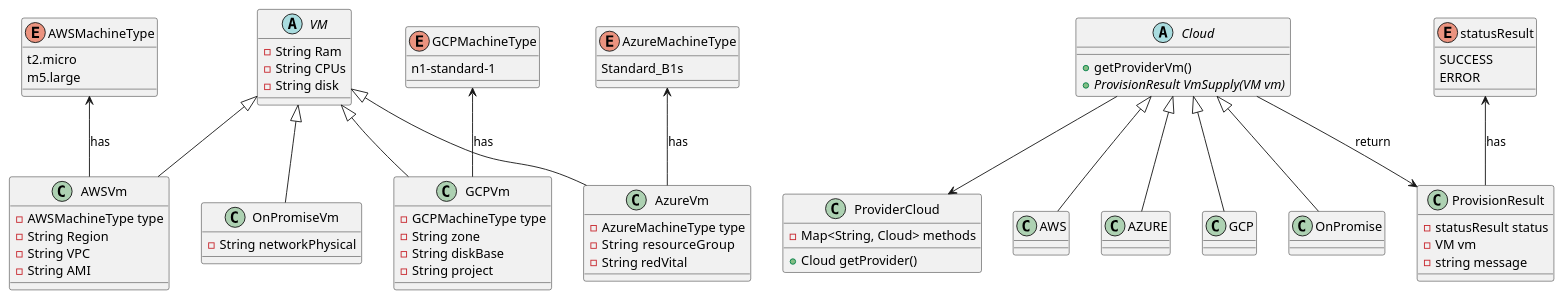
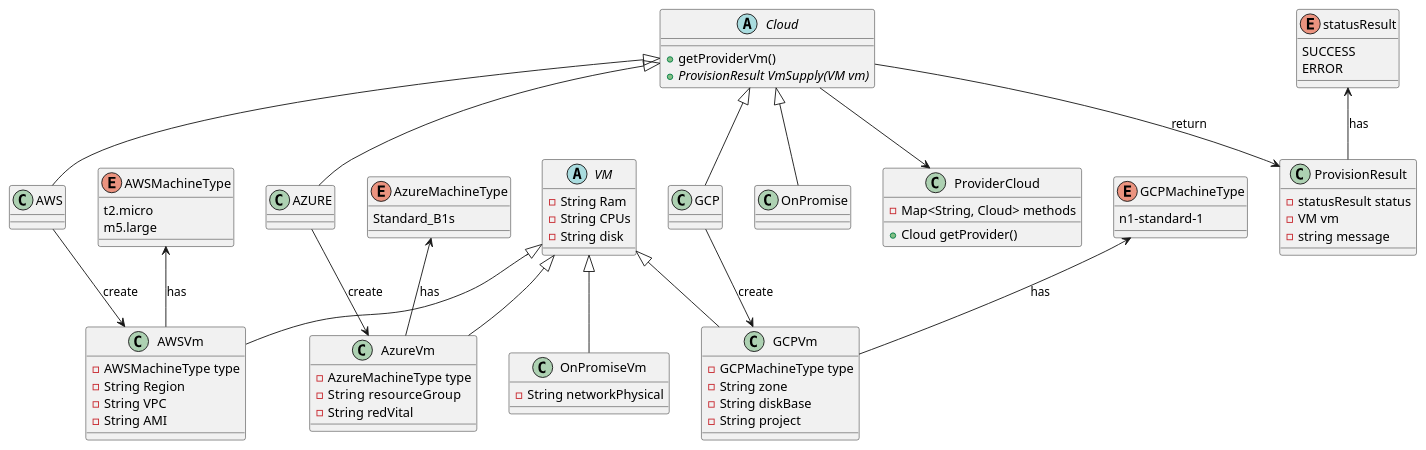
One commit to david123456858/Design-patterns-Cloud changed the diagram in uml/class.wsd. Above: the diagram before and after it, drawn with PlantUML. The commit also changed 1 other file, not shown here.

Commit message:
movimento en el UML para abstract factory

```diff
--- a/uml/class.wsd
+++ b/uml/class.wsd
@@ -1,92 +1,92 @@
 @startuml cloud-factory
 abstract class VM {
 - String Ram
 - String CPUs
 - String disk
 }
 
 enum AWSMachineType{
 t2.micro 
 m5.large
 }
 enum AzureMachineType {
 Standard_B1s
 }
 enum GCPMachineType {
 n1-standard-1
 }
 
 class AWSVm {
 - AWSMachineType type
 - String Region
 - String VPC
 - String AMI
 }
 class AzureVm{
 - AzureMachineType type
 - String  resourceGroup
 - String redVital
 }
 class GCPVm{
 - GCPMachineType type
 - String zone
 - String diskBase
 - String project
 }
 class OnPromiseVm{
     - String networkPhysical
 }
 
 abstract class Cloud{
 + getProviderVm()
 + {abstract} ProvisionResult VmSupply(VM vm)
 }
 
 class ProviderCloud {
     - Map<String, Cloud> methods
     + Cloud getProvider()
 }
 
 class AWS{}
 class AZURE{}
 class GCP{}
 class OnPromise{}
 
 Cloud <|-- AWS
 Cloud <|-- GCP
 Cloud <|-- AZURE
 Cloud <|-- OnPromise
 
-' AWS --> AWSVm : create
-' AZURE --> AzureVm : create
-' GCP --> GCPVm : create
+AWS --> AWSVm : create
+AZURE --> AzureVm : create
+GCP --> GCPVm : create
 
 Cloud --> ProviderCloud
 
 VM <|-- AzureVm
 VM <|-- GCPVm
 VM <|-- AWSVm
 VM <|-- OnPromiseVm
 
 AzureMachineType <-- AzureVm : has
 AWSMachineType <-- AWSVm : has
 GCPMachineType <-- GCPVm : has 
 
 
 
 enum statusResult {
     SUCCESS
     ERROR
 }
 
 class ProvisionResult {
     - statusResult status
     - VM vm
     - string message
 }
 
 Cloud --> ProvisionResult: return
 statusResult <-- ProvisionResult : has
 
 
 @enduml
```
